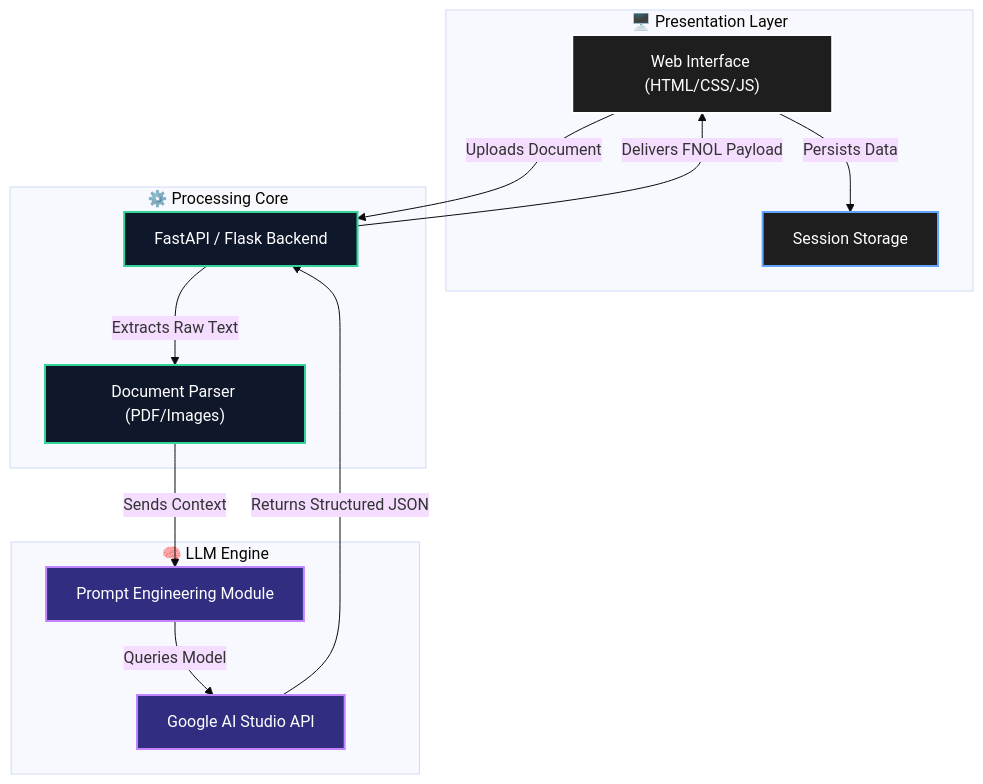
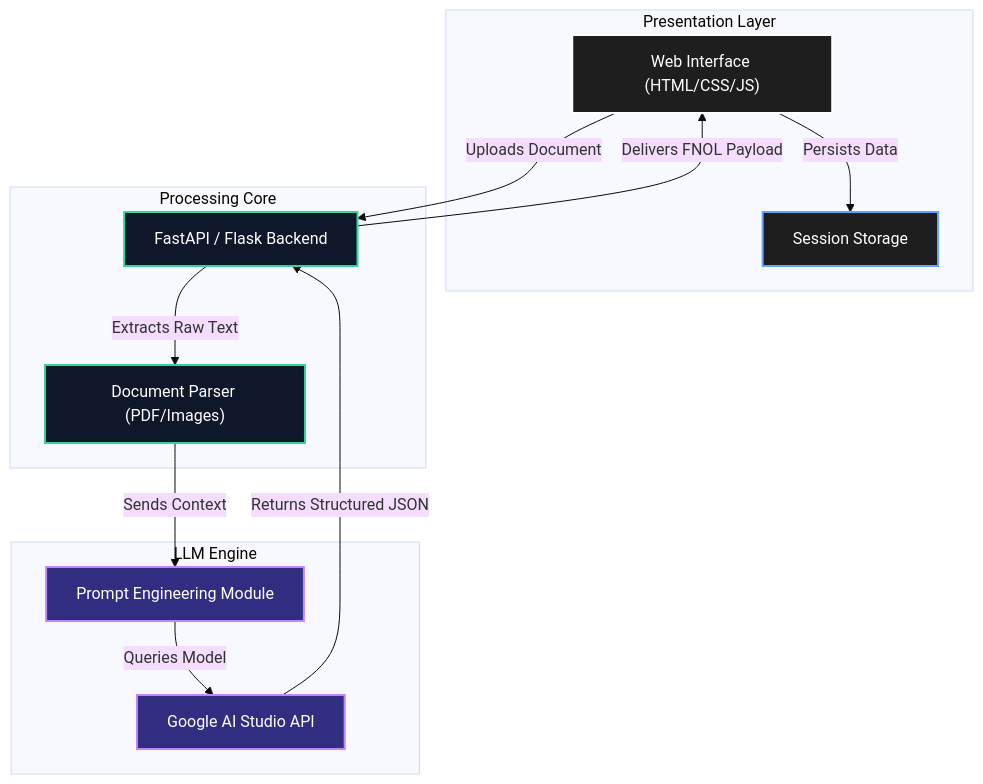
One commit to Levi9633/Autonomous-Insurance-Claims-Processing-Agent changed the diagram in README.md. Above: the diagram before and after it, drawn with Mermaid (base theme). The commit also changed other lines of this file, not shown here.

Commit message:
Remove emojis from README.md headers and diagrams

````diff
--- a/README.md
+++ b/README.md
@@ -44,30 +44,30 @@
 ```mermaid
 graph TD
     classDef frontend fill:#1e1e1e,stroke:#ffffff,stroke-width:2px,color:#ffffff;
     classDef backend fill:#0f172a,stroke:#34d399,stroke-width:2px,color:#ffffff;
     classDef ai fill:#312e81,stroke:#c084fc,stroke-width:2px,color:#ffffff;
     classDef storage fill:#1e1e1e,stroke:#60a5fa,stroke-width:2px,color:#ffffff;
 
-    subgraph Client ["🖥️ Presentation Layer"]
+    subgraph Client ["Presentation Layer"]
         UI["Web Interface (HTML/CSS/JS)"]:::frontend
         State["Session Storage"]:::storage
     end
 
-    subgraph Core ["⚙️ Processing Core"]
+    subgraph Core ["Processing Core"]
         API["FastAPI / Flask Backend"]:::backend
         PDF["Document Parser (PDF/Images)"]:::backend
     end
 
-    subgraph Intelligence ["🧠 LLM Engine"]
+    subgraph Intelligence ["LLM Engine"]
         LLM["Google AI Studio API"]:::ai
         Prompts["Prompt Engineering Module"]:::ai
     end
 
     UI -->|"Uploads Document"| API
     API -->|"Extracts Raw Text"| PDF
     PDF -->|"Sends Context"| Prompts
     Prompts -->|"Queries Model"| LLM
     LLM -->|"Returns Structured JSON"| API
     API -->|"Delivers FNOL Payload"| UI
     UI -->|"Persists Data"| State
 ```
````
